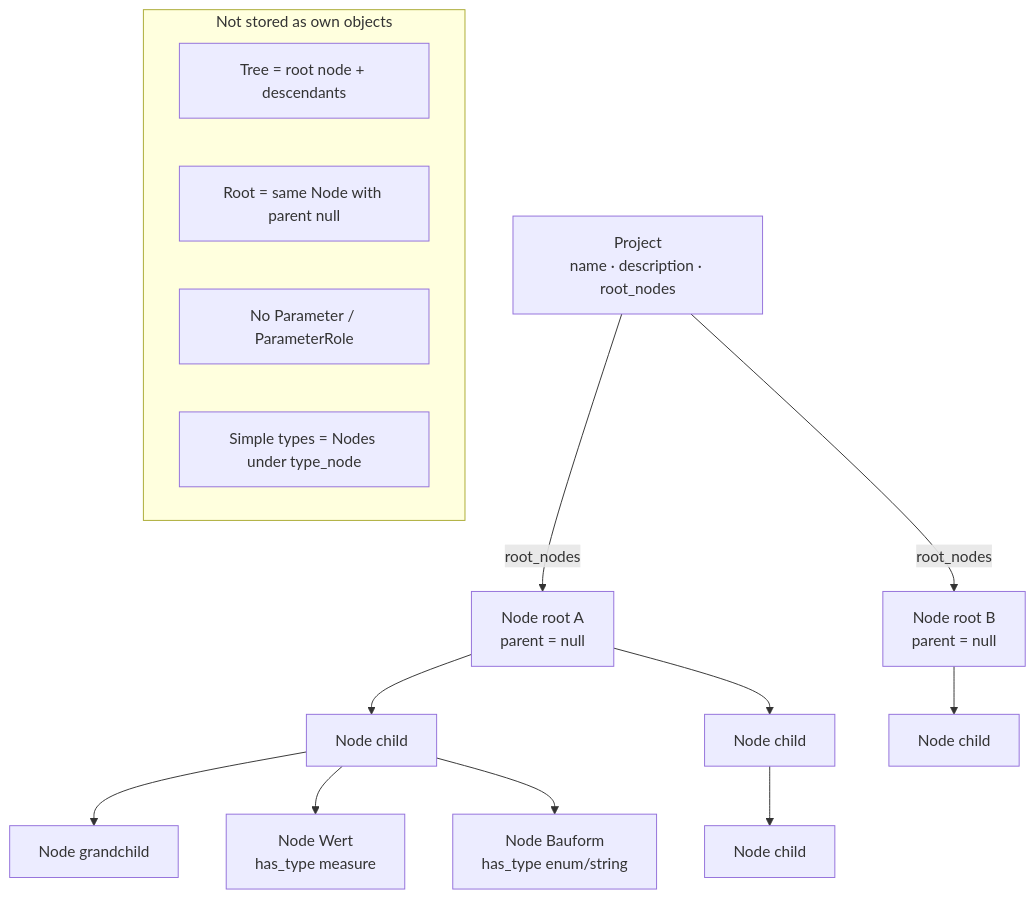
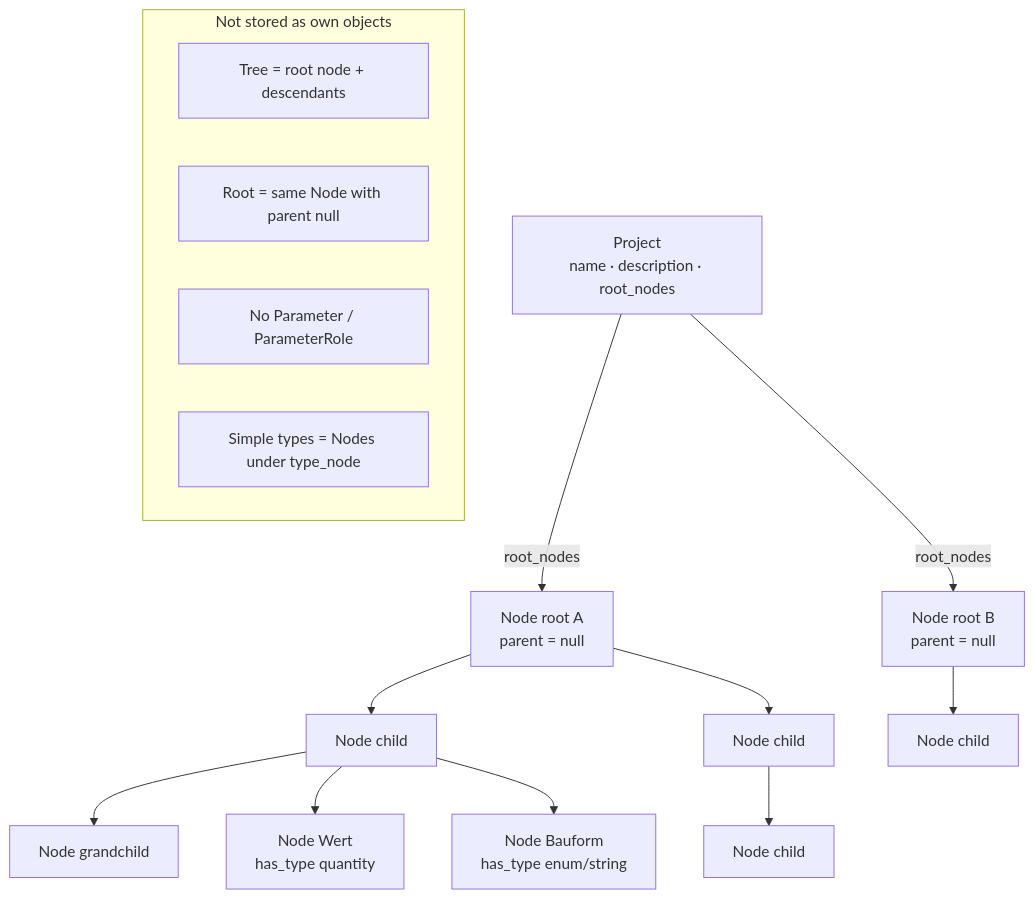
Before and after one commit to sfambach/wp-taxonomy-modeler: the second of 7 diagrams in docs/plans/data-structure.md, drawn with Mermaid. The commit also changed other lines of this file and 10 other files, not shown here.

First line of the commit message:
docs+proto: derived type quantity (Größe) in template

````diff
--- a/docs/plans/data-structure.md
+++ b/docs/plans/data-structure.md
@@ -227,23 +228,23 @@
 ```mermaid
 flowchart TB
   PR["Project<br/>name · description · root_nodes"]
 
   PR -->|root_nodes| R1["Node root A<br/>parent = null"]
   PR -->|root_nodes| R2["Node root B<br/>parent = null"]
 
   R1 --> C1["Node child"]
   R1 --> C2["Node child"]
   C1 --> G1["Node grandchild"]
   R2 --> C3["Node child"]
 
-  C1 --> P1["Node Wert<br/>has_type measure"]
+  C1 --> P1["Node Wert<br/>has_type quantity"]
   C1 --> P2["Node Bauform<br/>has_type enum/string"]
   C2 --> P3["Node child"]
 
   subgraph note["Not stored as own objects"]
     T["Tree = root node + descendants"]
     RN["Root = same Node with parent null"]
     PN["No Parameter / ParameterRole"]
     ST["Simple types = Nodes under type_node"]
   end
 ```
````
